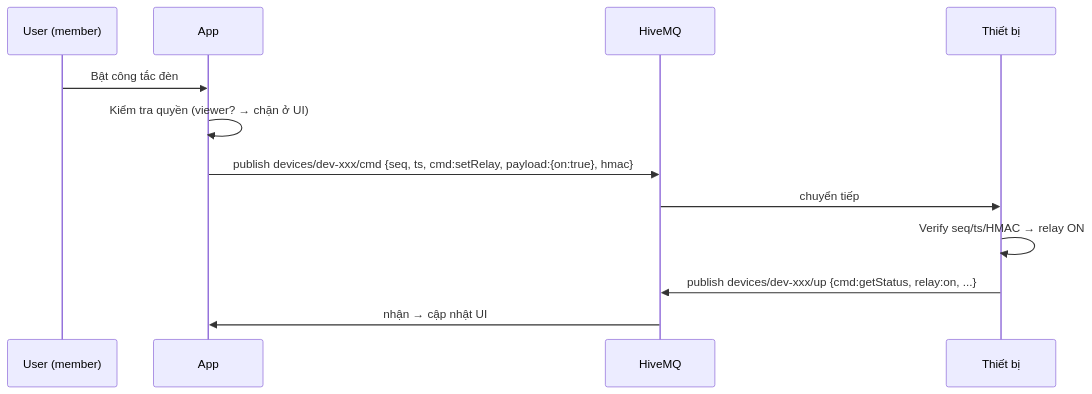
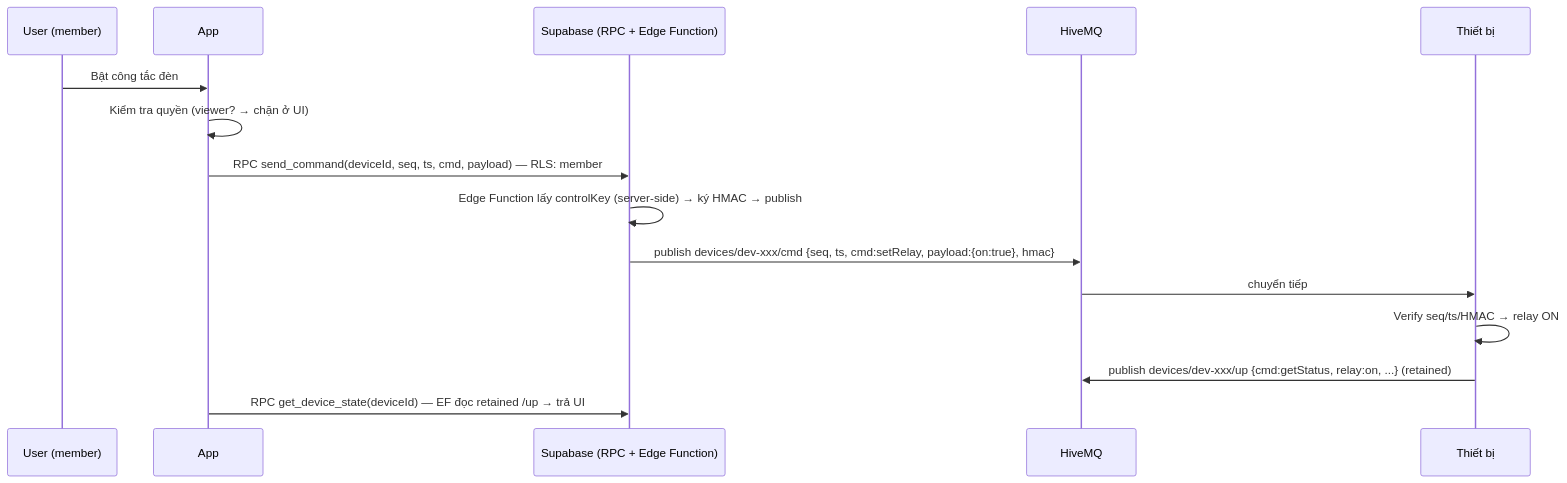
Before and after one commit to nndai/smart-home-platform: the fifth of 7 diagrams in docs/ECOSYSTEM_PLAN.md, drawn with Mermaid. The commit also changed other lines of this file and 2 other files, not shown here.

````diff
--- a/docs/ECOSYSTEM_PLAN.md
+++ b/docs/ECOSYSTEM_PLAN.md
@@ -174,14 +178,17 @@
 ```mermaid
 sequenceDiagram
     participant U as User (member)
     participant A as App
+    participant S as Supabase (RPC + Edge Function)
     participant H as HiveMQ
     participant D as Thiết bị
     U->>A: Bật công tắc đèn
     A->>A: Kiểm tra quyền (viewer? → chặn ở UI)
-    A->>H: publish devices/dev-xxx/cmd {seq, ts, cmd:setRelay, payload:{on:true}, hmac}
+    A->>S: RPC send_command(deviceId, seq, ts, cmd, payload) — RLS: member
+    S->>S: Edge Function lấy controlKey (server-side) → ký HMAC → publish
+    S->>H: publish devices/dev-xxx/cmd {seq, ts, cmd:setRelay, payload:{on:true}, hmac}
     H->>D: chuyển tiếp
     D->>D: Verify seq/ts/HMAC → relay ON
-    D->>H: publish devices/dev-xxx/up {cmd:getStatus, relay:on, ...}
-    H->>A: nhận → cập nhật UI
+    D->>H: publish devices/dev-xxx/up {cmd:getStatus, relay:on, ...} (retained)
+    A->>S: RPC get_device_state(deviceId) — EF đọc retained /up → trả UI
 ```
````
